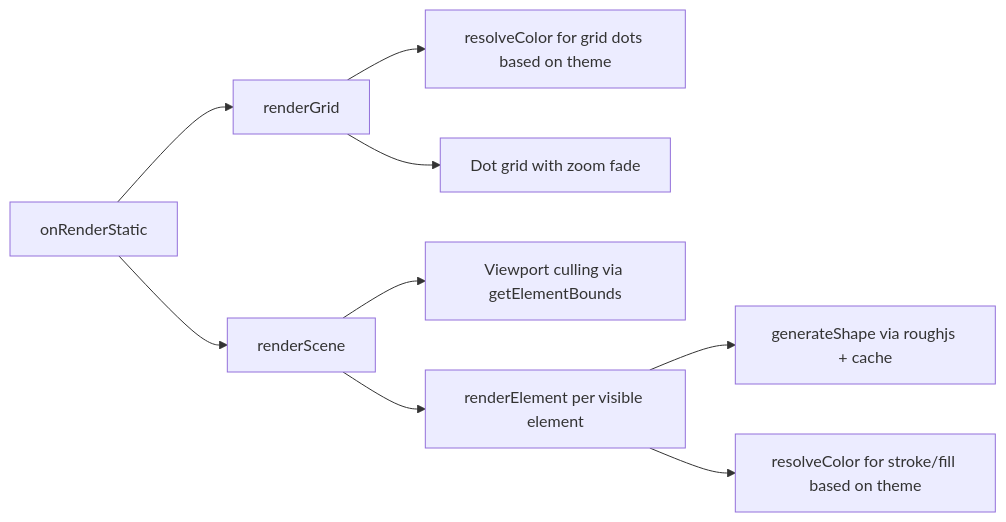
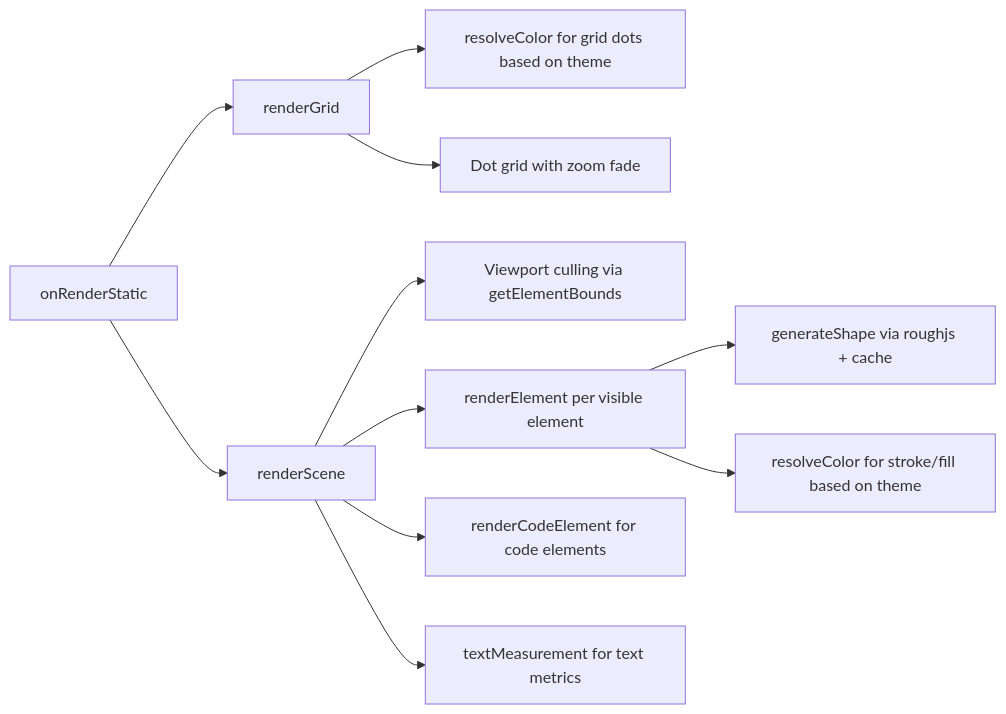
One commit to alexanderop/excalidrawNuxt changed the second of 3 diagrams in docs/diagrams/render-pipeline.md. Above: the diagram before and after it, drawn with Mermaid. The commit also changed other lines of this file and 74 other files, not shown here.

````diff
--- a/docs/diagrams/render-pipeline.md
+++ b/docs/diagrams/render-pipeline.md
@@ -38,11 +38,13 @@
 ```mermaid
 flowchart LR
     A[onRenderStatic] --> B[renderGrid]
     B --> B1[resolveColor for grid dots based on theme]
     B --> B2[Dot grid with zoom fade]
     A --> C[renderScene]
     C --> C1[Viewport culling via getElementBounds]
     C --> C2[renderElement per visible element]
     C2 --> C3[generateShape via roughjs + cache]
     C2 --> C4[resolveColor for stroke/fill based on theme]
+    C --> C5[renderCodeElement for code elements]
+    C --> C6[textMeasurement for text metrics]
 ```
````
